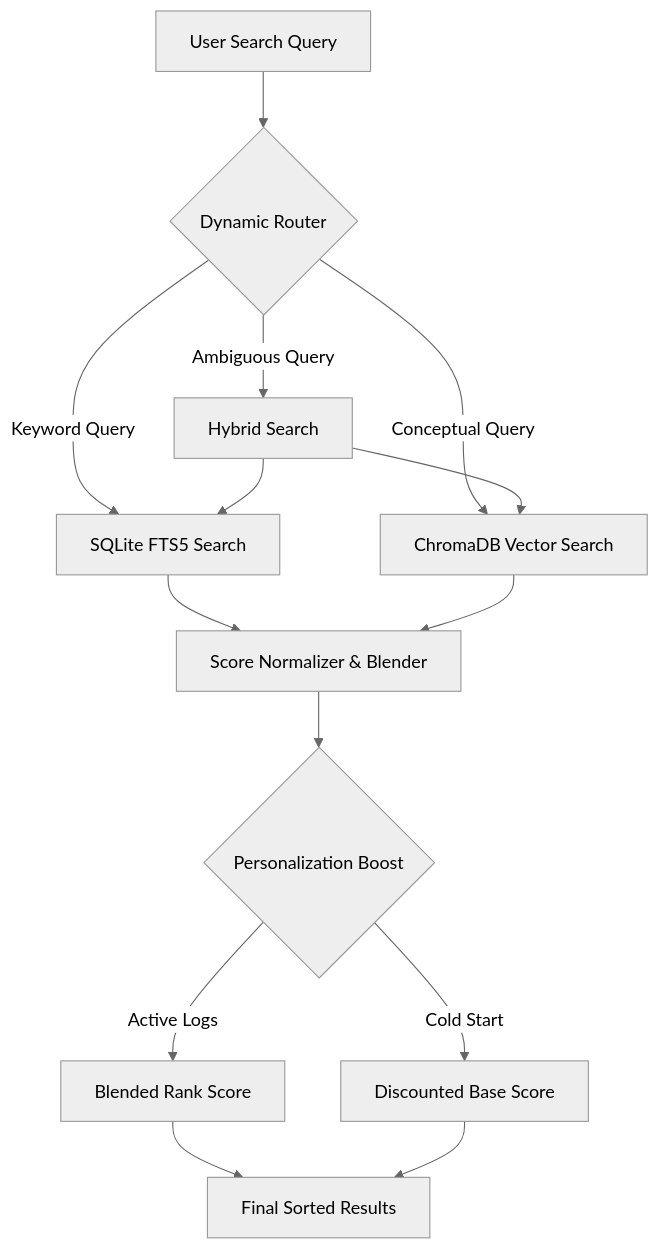
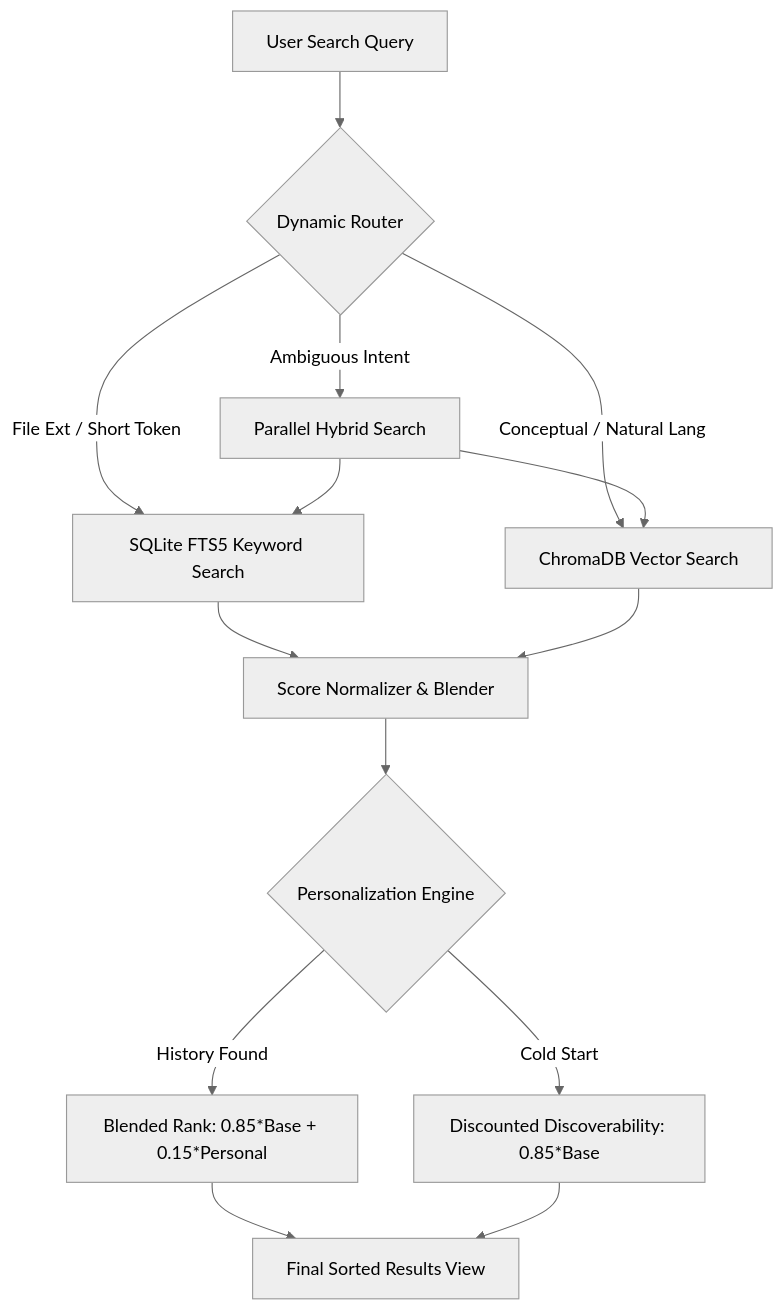
The diagram in README.md (Tejas-h-blitz/Compass), drawn with Mermaid (neutral theme) before and after one commit. The commit also changed other lines of this file and 6 other files, not shown here.

Commit message:
feat(core): enhance search score transparency, add BLAS safety, upgrade CI, and polish documentation

````diff
--- a/README.md
+++ b/README.md
@@ -16,16 +30,16 @@
 ```mermaid
 graph TD
     A[User Search Query] --> B{Dynamic Router}
-    B -- Keyword Query --> C[SQLite FTS5 Search]
-    B -- Conceptual Query --> D[ChromaDB Vector Search]
-    B -- Ambiguous Query --> E[Hybrid Search]
+    B -- "File Ext / Short Token" --> C[SQLite FTS5 Keyword Search]
+    B -- "Conceptual / Natural Lang" --> D[ChromaDB Vector Search]
+    B -- "Ambiguous Intent" --> E[Parallel Hybrid Search]
     E --> C
     E --> D
     C --> F[Score Normalizer & Blender]
     D --> F
-    F --> G{Personalization Boost}
-    G -- Active Logs --> H[Blended Rank Score]
-    G -- Cold Start --> I[Discounted Base Score]
-    H --> J[Final Sorted Results]
+    F --> G{Personalization Engine}
+    G -- "History Found" --> H[Blended Rank: 0.85*Base + 0.15*Personal]
+    G -- "Cold Start" --> I[Discounted Discoverability: 0.85*Base]
+    H --> J[Final Sorted Results View]
     I --> J
 ```
````
